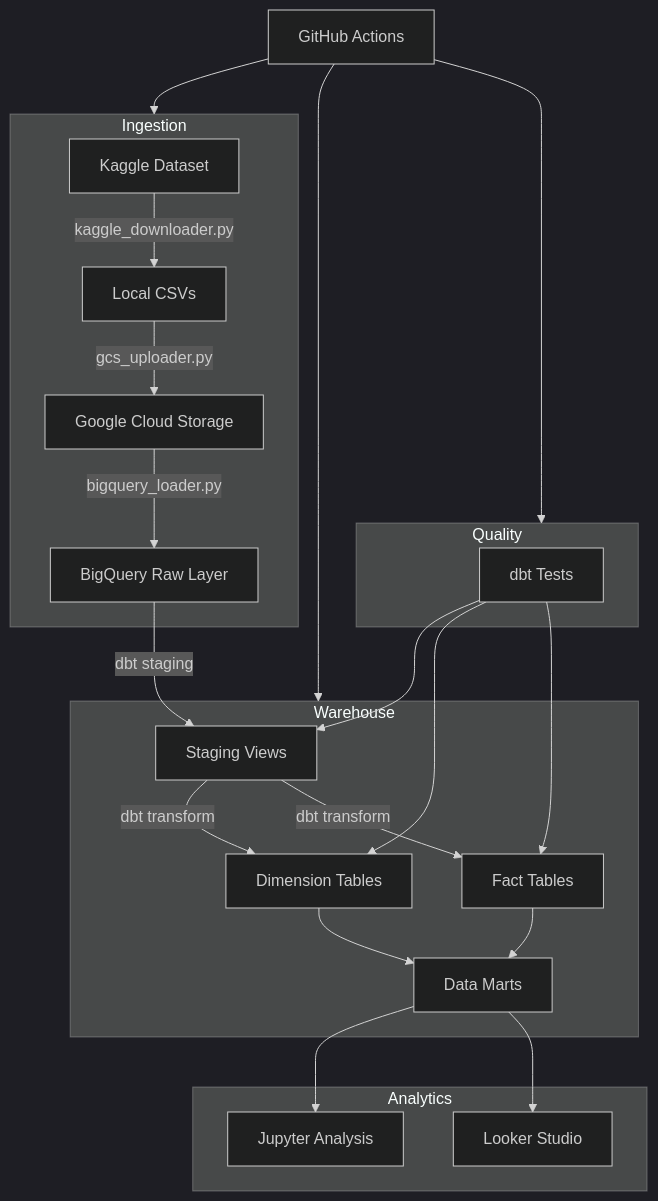
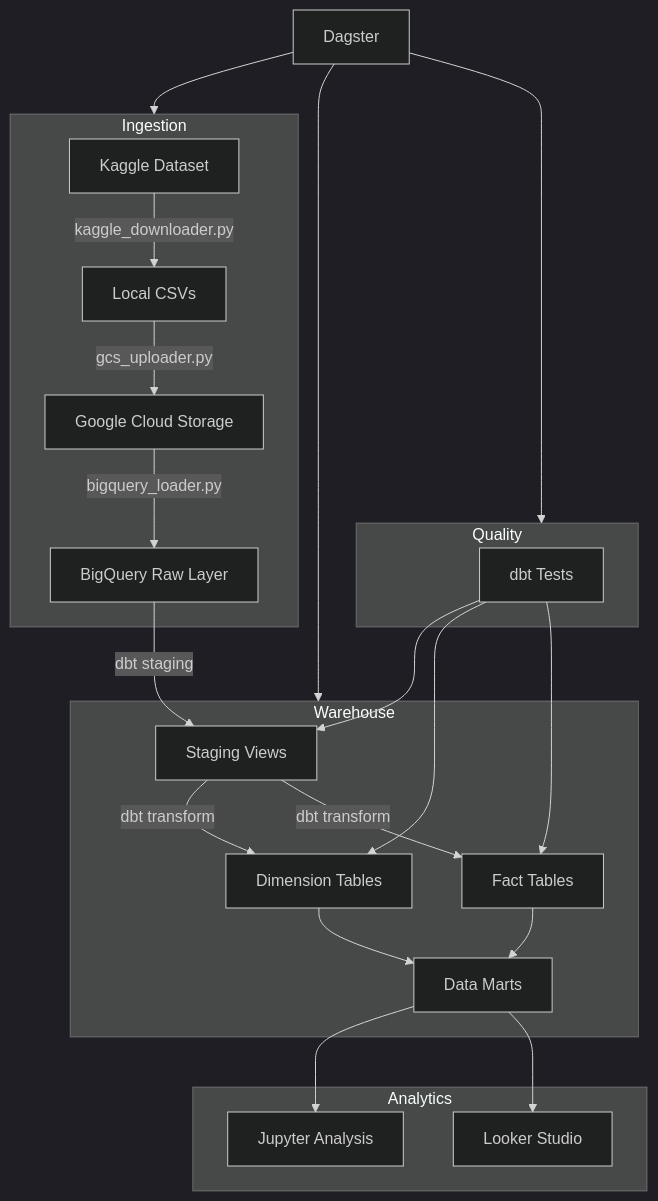
The diagram in docs/architecture.md (vince8-oss/DS3-Project-Team), drawn with Mermaid (dark theme) before and after one commit. The commit also changed 15 other files, not shown here.

````diff
--- a/docs/architecture.md
+++ b/docs/architecture.md
@@ -1,31 +1,31 @@
 ```mermaid
 graph TD
     subgraph Ingestion
         Kaggle[Kaggle Dataset] -->|kaggle_downloader.py| Local[Local CSVs]
         Local -->|gcs_uploader.py| GCS[Google Cloud Storage]
         GCS -->|bigquery_loader.py| Raw[BigQuery Raw Layer]
     end
 
     subgraph Warehouse
         Raw -->|dbt staging| Staging[Staging Views]
         Staging -->|dbt transform| Dimensions[Dimension Tables]
         Staging -->|dbt transform| Facts[Fact Tables]
         Dimensions --> Marts[Data Marts]
         Facts --> Marts
     end
 
     subgraph Quality
         dbtTests[dbt Tests] --> Staging
         dbtTests --> Dimensions
         dbtTests --> Facts
     end
 
     subgraph Analytics
         Marts --> Notebook[Jupyter Analysis]
         Marts --> Dashboard[Looker Studio]
     end
 
-    Orchestration[GitHub Actions] --> Ingestion
+    Orchestration[Dagster] --> Ingestion
     Orchestration --> Warehouse
     Orchestration --> Quality
 ```
````
